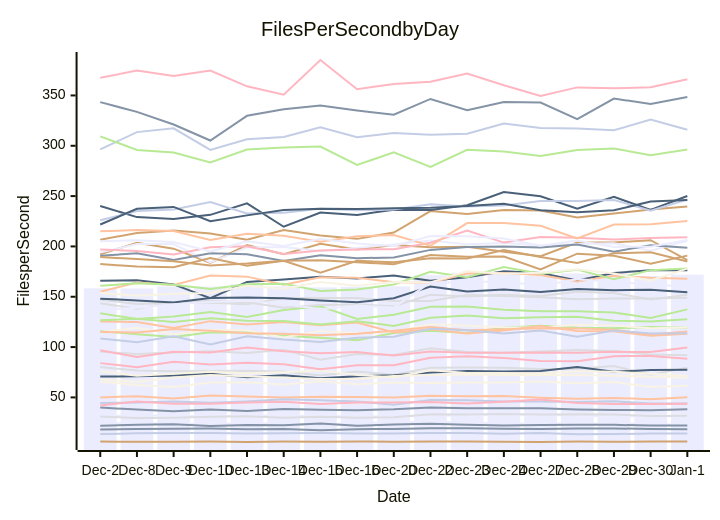
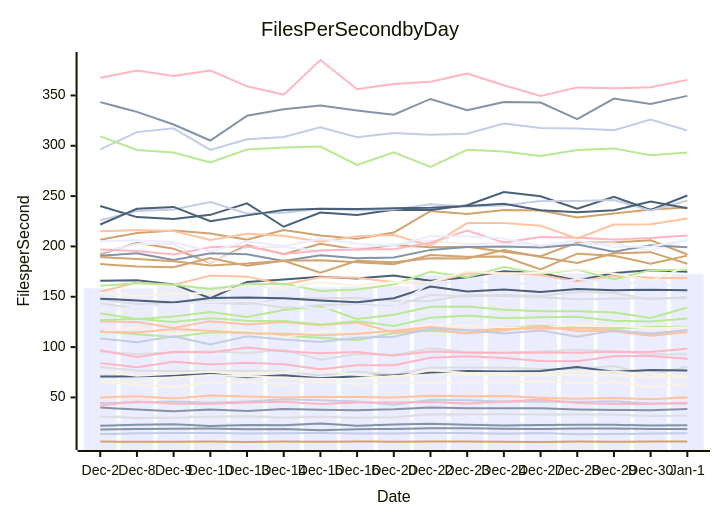
The diagram in perf-report.md (streetsidesoftware/cspell), drawn with Mermaid before and after one commit. The commit also changed other lines of this file and 1 other file, not shown here.

````diff
--- a/perf-report.md
+++ b/perf-report.md
@@ -11,57 +11,57 @@
 ```mermaid
 xychart-beta
     title Files Per Second by Day
     y-axis Files per Second
     x-axis Date [Dec-2, Dec-8, Dec-9, Dec-10, Dec-13, Dec-14, Dec-15, Dec-16, Dec-20, Dec-22, Dec-23, Dec-24, Dec-27, Dec-28, Dec-29, Dec-30, Jan-1]
-    bar [158.41, 158.24, 160.26, 160.13, 162.46, 160.30, 159.32, 159.99, 160.32, 171.41, 173.30, 173.54, 170.88, 173.10, 172.87, 170.63, 171.97]
-    line [39.93, 37.87, 36.13, 38.10, 36.47, 38.38, 37.81, 37.32, 38.13, 39.99, 39.24, 39.22, 39.13, 37.99, 37.43, 37.30, 38.27]
-    line [49.95, 51.18, 48.94, 51.93, 50.78, 49.91, 50.66, 50.34, 50.02, 51.61, 51.21, 51.38, 49.64, 48.60, 49.52, 48.09, 50.24]
-    line [80.27, 76.65, 75.94, 76.12, 76.57, 75.62, 71.86, 75.70, 72.52, 79.52, 79.75, 79.57, 78.19, 78.53, 81.17, 72.47, 79.41]
-    line [115.87, 112.86, 110.11, 114.79, 114.58, 111.22, 109.33, 106.79, 113.91, 116.30, 113.89, 119.27, 121.25, 119.32, 118.60, 119.88, 119.21]
-    line [6.12, 6.00, 6.03, 6.11, 5.69, 6.12, 5.85, 6.27, 5.94, 6.19, 6.23, 6.06, 5.80, 6.19, 6.04, 6.09, 6.23]
-    line [44.42, 44.87, 45.90, 44.67, 46.00, 48.05, 47.07, 45.85, 42.75, 47.52, 47.21, 45.81, 45.88, 45.34, 46.09, 44.04, 43.82]
-    line [42.00, 46.02, 43.67, 43.68, 45.02, 45.75, 43.43, 44.94, 44.85, 45.35, 43.98, 45.75, 48.03, 44.47, 43.53, 43.39, 43.81]
-    line [165.94, 166.49, 162.27, 148.64, 164.74, 167.10, 169.90, 168.25, 171.20, 165.98, 169.49, 175.43, 173.51, 166.13, 173.69, 176.28, 176.32]
-    line [115.04, 119.17, 112.82, 116.99, 116.61, 109.61, 115.93, 113.66, 115.36, 122.68, 121.26, 119.81, 119.36, 122.21, 121.33, 118.71, 119.57]
-    line [31.76, 31.99, 31.99, 30.84, 32.08, 31.89, 31.67, 31.01, 31.00, 31.79, 31.95, 32.72, 33.00, 31.56, 31.04, 31.19, 31.25]
-    line [343.35, 333.69, 321.17, 305.21, 329.78, 336.28, 339.96, 335.03, 330.81, 346.52, 335.23, 343.48, 342.97, 326.49, 346.96, 341.41, 348.41]
-    line [125.41, 124.96, 118.90, 125.77, 122.50, 124.97, 121.63, 124.44, 114.40, 117.66, 113.42, 116.57, 120.86, 116.04, 115.61, 111.25, 113.36]
-    line [95.57, 93.03, 94.71, 95.93, 94.05, 97.42, 87.40, 93.20, 92.02, 98.77, 95.06, 94.41, 95.55, 97.07, 96.22, 92.57, 91.79]
-    line [126.68, 128.02, 124.91, 128.75, 126.25, 125.99, 122.54, 125.77, 120.95, 129.07, 131.35, 128.71, 129.73, 130.21, 126.25, 125.32, 127.59]
-    line [192.21, 203.69, 197.75, 183.65, 201.42, 192.31, 202.71, 196.90, 201.49, 199.06, 199.67, 194.62, 190.28, 203.79, 203.98, 206.16, 186.41]
-    line [13.55, 14.37, 14.53, 14.61, 14.25, 14.42, 14.66, 14.20, 14.14, 14.58, 14.66, 13.81, 14.51, 13.39, 13.58, 14.12, 14.03]
-    line [96.80, 90.09, 95.39, 94.62, 99.56, 95.79, 93.99, 95.03, 91.66, 95.50, 94.32, 94.29, 94.73, 94.34, 95.29, 95.11, 99.50]
-    line [70.66, 70.99, 71.64, 73.38, 70.10, 71.99, 68.96, 71.11, 72.00, 74.62, 76.21, 75.66, 76.28, 80.16, 75.45, 77.29, 77.54]
-    line [65.65, 62.39, 60.36, 64.84, 65.11, 62.93, 65.98, 63.02, 64.70, 64.39, 64.92, 64.92, 65.76, 63.97, 65.18, 60.36, 61.54]
-    line [193.86, 202.32, 202.37, 184.12, 199.02, 199.50, 195.58, 198.56, 202.04, 205.76, 202.04, 203.32, 201.04, 202.44, 203.10, 195.80, 205.49]
-    line [18.09, 18.49, 18.92, 19.04, 18.41, 18.71, 17.35, 18.44, 18.66, 19.39, 19.24, 18.95, 18.61, 19.20, 19.16, 18.64, 18.38]
-    line [115.04, 114.43, 117.93, 116.17, 113.85, 113.19, 111.86, 113.23, 116.22, 119.95, 116.76, 117.75, 118.71, 118.58, 117.32, 112.42, 115.51]
-    line [31.13, 29.50, 29.81, 30.70, 31.34, 29.78, 30.86, 29.89, 30.20, 33.22, 32.90, 33.40, 32.96, 33.38, 32.90, 31.64, 31.75]
-    line [133.58, 127.82, 130.48, 134.87, 129.94, 136.83, 140.59, 128.00, 132.13, 140.04, 140.36, 136.98, 135.57, 135.50, 134.25, 129.01, 137.45]
-    line [206.67, 213.42, 215.72, 212.77, 206.57, 216.35, 210.81, 207.51, 213.81, 235.09, 232.12, 236.13, 235.71, 228.72, 232.65, 236.79, 239.58]
-    line [296.47, 313.58, 317.30, 295.96, 306.54, 308.67, 318.29, 308.47, 312.68, 311.01, 311.87, 322.19, 317.56, 317.24, 315.38, 325.99, 315.89]
-    line [197.01, 195.46, 191.88, 199.25, 200.18, 192.55, 195.85, 196.96, 197.31, 203.68, 215.88, 203.82, 209.47, 208.55, 206.80, 208.32, 209.04]
-    line [240.23, 229.14, 227.27, 231.37, 242.80, 219.56, 233.62, 231.32, 236.32, 236.26, 240.94, 253.96, 249.85, 237.45, 249.30, 236.26, 250.08]
-    line [76.02, 71.59, 73.55, 75.54, 73.95, 75.07, 76.77, 72.26, 69.84, 77.03, 74.27, 74.27, 73.83, 75.96, 75.41, 73.52, 71.54]
-    line [24.46, 23.99, 23.97, 23.56, 24.27, 23.97, 21.89, 24.77, 24.75, 25.98, 24.78, 24.02, 24.07, 23.90, 24.05, 23.79, 22.40]
-    line [190.71, 193.15, 186.55, 193.19, 192.23, 185.43, 191.26, 188.26, 189.10, 196.56, 199.42, 199.83, 198.90, 201.82, 194.83, 201.20, 198.67]
-    line [215.07, 216.21, 215.29, 206.31, 212.61, 210.51, 204.56, 210.18, 211.34, 200.66, 223.22, 223.16, 220.54, 207.84, 221.69, 222.09, 225.28]
-    line [143.55, 138.09, 144.82, 146.07, 144.49, 139.02, 141.78, 142.36, 140.50, 151.95, 150.33, 152.02, 150.72, 154.90, 153.82, 147.24, 151.89]
-    line [309.39, 295.84, 293.27, 283.38, 296.25, 298.40, 299.27, 280.90, 293.45, 278.89, 296.00, 294.23, 289.77, 295.71, 297.33, 290.64, 296.26]
-    line [189.43, 187.46, 185.27, 181.05, 182.93, 185.74, 173.94, 185.68, 184.19, 188.28, 188.11, 196.54, 189.53, 183.55, 193.13, 194.30, 185.10]
-    line [226.03, 235.13, 236.77, 244.11, 232.83, 233.41, 237.39, 235.87, 236.73, 241.85, 239.59, 240.67, 245.15, 245.04, 246.20, 235.52, 246.70]
-    line [84.05, 80.02, 85.30, 82.71, 84.32, 82.91, 77.95, 81.87, 81.89, 89.30, 90.84, 89.17, 86.07, 86.04, 90.94, 91.20, 88.51]
-    line [221.75, 237.38, 239.25, 224.99, 230.85, 236.16, 237.46, 237.06, 237.81, 238.36, 240.26, 242.42, 235.97, 234.05, 235.94, 244.60, 246.08]
-    line [68.01, 65.32, 69.78, 72.32, 70.99, 69.49, 68.20, 68.29, 71.18, 72.28, 72.81, 72.16, 72.22, 72.29, 71.63, 70.43, 69.65]
-    line [205.06, 206.03, 204.37, 194.91, 205.14, 200.36, 207.64, 202.85, 200.31, 210.29, 210.04, 207.76, 200.78, 205.77, 199.55, 199.57, 206.32]
-    line [21.90, 22.93, 23.26, 21.71, 22.48, 22.26, 24.16, 21.86, 22.99, 23.86, 22.95, 22.15, 22.59, 22.93, 22.71, 21.96, 22.03]
-    line [155.06, 164.08, 161.66, 171.02, 169.99, 161.97, 169.28, 168.79, 164.45, 163.90, 173.08, 173.52, 171.67, 165.07, 170.82, 168.89, 167.83]
-    line [147.19, 142.70, 144.08, 143.97, 142.44, 148.72, 148.74, 148.66, 145.81, 145.83, 151.65, 150.82, 149.41, 147.54, 148.32, 148.24, 148.93]
-    line [161.03, 163.37, 162.01, 157.69, 162.41, 162.92, 155.61, 157.24, 162.25, 174.81, 169.46, 179.44, 172.82, 176.92, 167.34, 176.43, 178.08]
-    line [182.47, 179.95, 179.31, 188.38, 180.77, 185.77, 186.35, 184.33, 182.33, 191.53, 189.75, 189.98, 177.07, 192.83, 190.79, 182.79, 190.85]
-    line [108.44, 104.81, 110.68, 102.65, 110.81, 107.51, 105.11, 109.29, 110.23, 118.20, 116.66, 113.51, 116.56, 110.18, 116.43, 113.57, 113.80]
-    line [367.49, 374.69, 369.34, 374.83, 359.05, 350.76, 385.22, 356.23, 361.41, 363.52, 371.74, 360.07, 349.58, 358.00, 357.09, 358.22, 366.04]
-    line [148.12, 146.38, 144.41, 148.76, 149.26, 148.44, 146.25, 144.57, 148.51, 160.26, 155.20, 157.30, 154.76, 157.76, 156.45, 156.97, 154.57]
-    line [153.99, 150.95, 152.99, 153.72, 160.91, 157.90, 164.74, 161.04, 164.69, 164.20, 175.57, 172.74, 173.87, 177.24, 172.99, 166.08, 177.94]
-    line [136.51, 139.19, 142.56, 144.70, 146.06, 142.91, 137.61, 141.27, 139.39, 164.22, 164.25, 165.65, 160.55, 167.52, 164.35, 162.61, 159.71]
+    bar [158.41, 158.24, 160.26, 160.13, 162.46, 160.30, 159.32, 159.99, 160.32, 171.41, 173.30, 173.54, 170.88, 173.10, 172.87, 170.63, 172.55]
+    line [39.93, 37.87, 36.13, 38.10, 36.47, 38.38, 37.81, 37.32, 38.13, 39.99, 39.24, 39.22, 39.13, 37.99, 37.43, 37.30, 38.53]
+    line [49.95, 51.18, 48.94, 51.93, 50.78, 49.91, 50.66, 50.34, 50.02, 51.61, 51.21, 51.38, 49.64, 48.60, 49.52, 48.09, 50.03]
+    line [80.27, 76.65, 75.94, 76.12, 76.57, 75.62, 71.86, 75.70, 72.52, 79.52, 79.75, 79.57, 78.19, 78.53, 81.17, 72.47, 80.44]
+    line [115.87, 112.86, 110.11, 114.79, 114.58, 111.22, 109.33, 106.79, 113.91, 116.30, 113.89, 119.27, 121.25, 119.32, 118.60, 119.88, 120.18]
+    line [6.12, 6.00, 6.03, 6.11, 5.69, 6.12, 5.85, 6.27, 5.94, 6.19, 6.23, 6.06, 5.80, 6.19, 6.04, 6.09, 6.29]
+    line [44.42, 44.87, 45.90, 44.67, 46.00, 48.05, 47.07, 45.85, 42.75, 47.52, 47.21, 45.81, 45.88, 45.34, 46.09, 44.04, 43.96]
+    line [42.00, 46.02, 43.67, 43.68, 45.02, 45.75, 43.43, 44.94, 44.85, 45.35, 43.98, 45.75, 48.03, 44.47, 43.53, 43.39, 44.67]
+    line [165.94, 166.49, 162.27, 148.64, 164.74, 167.10, 169.90, 168.25, 171.20, 165.98, 169.49, 175.43, 173.51, 166.13, 173.69, 176.28, 174.86]
+    line [115.04, 119.17, 112.82, 116.99, 116.61, 109.61, 115.93, 113.66, 115.36, 122.68, 121.26, 119.81, 119.36, 122.21, 121.33, 118.71, 119.46]
+    line [31.76, 31.99, 31.99, 30.84, 32.08, 31.89, 31.67, 31.01, 31.00, 31.79, 31.95, 32.72, 33.00, 31.56, 31.04, 31.19, 31.58]
+    line [343.35, 333.69, 321.17, 305.21, 329.78, 336.28, 339.96, 335.03, 330.81, 346.52, 335.23, 343.48, 342.97, 326.49, 346.96, 341.41, 349.59]
+    line [125.41, 124.96, 118.90, 125.77, 122.50, 124.97, 121.63, 124.44, 114.40, 117.66, 113.42, 116.57, 120.86, 116.04, 115.61, 111.25, 114.64]
+    line [95.57, 93.03, 94.71, 95.93, 94.05, 97.42, 87.40, 93.20, 92.02, 98.77, 95.06, 94.41, 95.55, 97.07, 96.22, 92.57, 92.92]
+    line [126.68, 128.02, 124.91, 128.75, 126.25, 125.99, 122.54, 125.77, 120.95, 129.07, 131.35, 128.71, 129.73, 130.21, 126.25, 125.32, 128.46]
+    line [192.21, 203.69, 197.75, 183.65, 201.42, 192.31, 202.71, 196.90, 201.49, 199.06, 199.67, 194.62, 190.28, 203.79, 203.98, 206.16, 191.99]
+    line [13.55, 14.37, 14.53, 14.61, 14.25, 14.42, 14.66, 14.20, 14.14, 14.58, 14.66, 13.81, 14.51, 13.39, 13.58, 14.12, 14.33]
+    line [96.80, 90.09, 95.39, 94.62, 99.56, 95.79, 93.99, 95.03, 91.66, 95.50, 94.32, 94.29, 94.73, 94.34, 95.29, 95.11, 98.41]
+    line [70.66, 70.99, 71.64, 73.38, 70.10, 71.99, 68.96, 71.11, 72.00, 74.62, 76.21, 75.66, 76.28, 80.16, 75.45, 77.29, 76.83]
+    line [65.65, 62.39, 60.36, 64.84, 65.11, 62.93, 65.98, 63.02, 64.70, 64.39, 64.92, 64.92, 65.76, 63.97, 65.18, 60.36, 63.48]
+    line [193.86, 202.32, 202.37, 184.12, 199.02, 199.50, 195.58, 198.56, 202.04, 205.76, 202.04, 203.32, 201.04, 202.44, 203.10, 195.80, 206.74]
+    line [18.09, 18.49, 18.92, 19.04, 18.41, 18.71, 17.35, 18.44, 18.66, 19.39, 19.24, 18.95, 18.61, 19.20, 19.16, 18.64, 18.56]
+    line [115.04, 114.43, 117.93, 116.17, 113.85, 113.19, 111.86, 113.23, 116.22, 119.95, 116.76, 117.75, 118.71, 118.58, 117.32, 112.42, 116.77]
+    line [31.13, 29.50, 29.81, 30.70, 31.34, 29.78, 30.86, 29.89, 30.20, 33.22, 32.90, 33.40, 32.96, 33.38, 32.90, 31.64, 32.05]
+    line [133.58, 127.82, 130.48, 134.87, 129.94, 136.83, 140.59, 128.00, 132.13, 140.04, 140.36, 136.98, 135.57, 135.50, 134.25, 129.01, 139.25]
+    line [206.67, 213.42, 215.72, 212.77, 206.57, 216.35, 210.81, 207.51, 213.81, 235.09, 232.12, 236.13, 235.71, 228.72, 232.65, 236.79, 238.66]
+    line [296.47, 313.58, 317.30, 295.96, 306.54, 308.67, 318.29, 308.47, 312.68, 311.01, 311.87, 322.19, 317.56, 317.24, 315.38, 325.99, 315.10]
+    line [197.01, 195.46, 191.88, 199.25, 200.18, 192.55, 195.85, 196.96, 197.31, 203.68, 215.88, 203.82, 209.47, 208.55, 206.80, 208.32, 210.94]
+    line [240.23, 229.14, 227.27, 231.37, 242.80, 219.56, 233.62, 231.32, 236.32, 236.26, 240.94, 253.96, 249.85, 237.45, 249.30, 236.26, 250.59]
+    line [76.02, 71.59, 73.55, 75.54, 73.95, 75.07, 76.77, 72.26, 69.84, 77.03, 74.27, 74.27, 73.83, 75.96, 75.41, 73.52, 70.94]
+    line [24.46, 23.99, 23.97, 23.56, 24.27, 23.97, 21.89, 24.77, 24.75, 25.98, 24.78, 24.02, 24.07, 23.90, 24.05, 23.79, 23.47]
+    line [190.71, 193.15, 186.55, 193.19, 192.23, 185.43, 191.26, 188.26, 189.10, 196.56, 199.42, 199.83, 198.90, 201.82, 194.83, 201.20, 199.08]
+    line [215.07, 216.21, 215.29, 206.31, 212.61, 210.51, 204.56, 210.18, 211.34, 200.66, 223.22, 223.16, 220.54, 207.84, 221.69, 222.09, 227.69]
+    line [143.55, 138.09, 144.82, 146.07, 144.49, 139.02, 141.78, 142.36, 140.50, 151.95, 150.33, 152.02, 150.72, 154.90, 153.82, 147.24, 149.99]
+    line [309.39, 295.84, 293.27, 283.38, 296.25, 298.40, 299.27, 280.90, 293.45, 278.89, 296.00, 294.23, 289.77, 295.71, 297.33, 290.64, 293.31]
+    line [189.43, 187.46, 185.27, 181.05, 182.93, 185.74, 173.94, 185.68, 184.19, 188.28, 188.11, 196.54, 189.53, 183.55, 193.13, 194.30, 182.73]
+    line [226.03, 235.13, 236.77, 244.11, 232.83, 233.41, 237.39, 235.87, 236.73, 241.85, 239.59, 240.67, 245.15, 245.04, 246.20, 235.52, 245.54]
+    line [84.05, 80.02, 85.30, 82.71, 84.32, 82.91, 77.95, 81.87, 81.89, 89.30, 90.84, 89.17, 86.07, 86.04, 90.94, 91.20, 88.38]
+    line [221.75, 237.38, 239.25, 224.99, 230.85, 236.16, 237.46, 237.06, 237.81, 238.36, 240.26, 242.42, 235.97, 234.05, 235.94, 244.60, 237.90]
+    line [68.01, 65.32, 69.78, 72.32, 70.99, 69.49, 68.20, 68.29, 71.18, 72.28, 72.81, 72.16, 72.22, 72.29, 71.63, 70.43, 69.31]
+    line [205.06, 206.03, 204.37, 194.91, 205.14, 200.36, 207.64, 202.85, 200.31, 210.29, 210.04, 207.76, 200.78, 205.77, 199.55, 199.57, 206.34]
+    line [21.90, 22.93, 23.26, 21.71, 22.48, 22.26, 24.16, 21.86, 22.99, 23.86, 22.95, 22.15, 22.59, 22.93, 22.71, 21.96, 22.43]
+    line [155.06, 164.08, 161.66, 171.02, 169.99, 161.97, 169.28, 168.79, 164.45, 163.90, 173.08, 173.52, 171.67, 165.07, 170.82, 168.89, 168.46]
+    line [147.19, 142.70, 144.08, 143.97, 142.44, 148.72, 148.74, 148.66, 145.81, 145.83, 151.65, 150.82, 149.41, 147.54, 148.32, 148.24, 148.81]
+    line [161.03, 163.37, 162.01, 157.69, 162.41, 162.92, 155.61, 157.24, 162.25, 174.81, 169.46, 179.44, 172.82, 176.92, 167.34, 176.43, 176.94]
+    line [182.47, 179.95, 179.31, 188.38, 180.77, 185.77, 186.35, 184.33, 182.33, 191.53, 189.75, 189.98, 177.07, 192.83, 190.79, 182.79, 190.84]
+    line [108.44, 104.81, 110.68, 102.65, 110.81, 107.51, 105.11, 109.29, 110.23, 118.20, 116.66, 113.51, 116.56, 110.18, 116.43, 113.57, 116.81]
+    line [367.49, 374.69, 369.34, 374.83, 359.05, 350.76, 385.22, 356.23, 361.41, 363.52, 371.74, 360.07, 349.58, 358.00, 357.09, 358.22, 365.46]
+    line [148.12, 146.38, 144.41, 148.76, 149.26, 148.44, 146.25, 144.57, 148.51, 160.26, 155.20, 157.30, 154.76, 157.76, 156.45, 156.97, 156.48]
+    line [153.99, 150.95, 152.99, 153.72, 160.91, 157.90, 164.74, 161.04, 164.69, 164.20, 175.57, 172.74, 173.87, 177.24, 172.99, 166.08, 180.17]
+    line [136.51, 139.19, 142.56, 144.70, 146.06, 142.91, 137.61, 141.27, 139.39, 164.22, 164.25, 165.65, 160.55, 167.52, 164.35, 162.61, 160.21]
 ```
````
